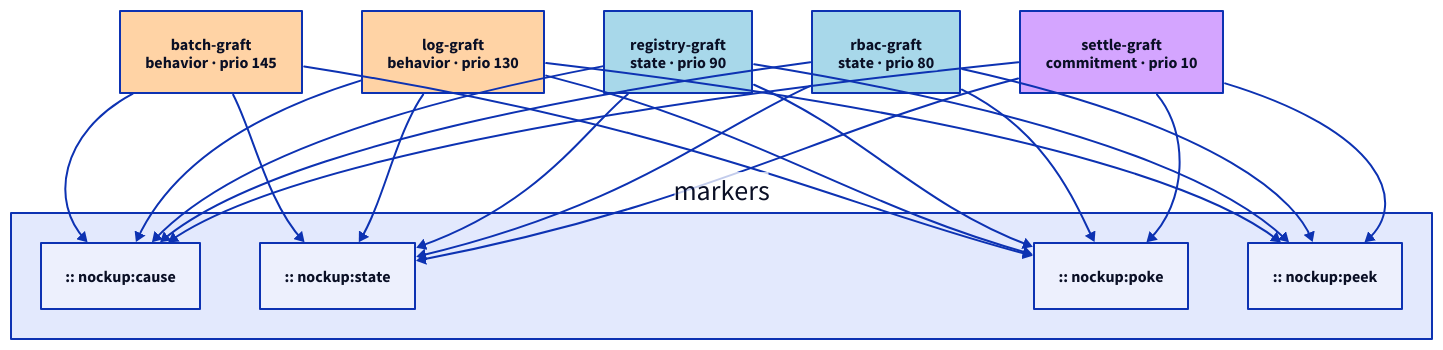
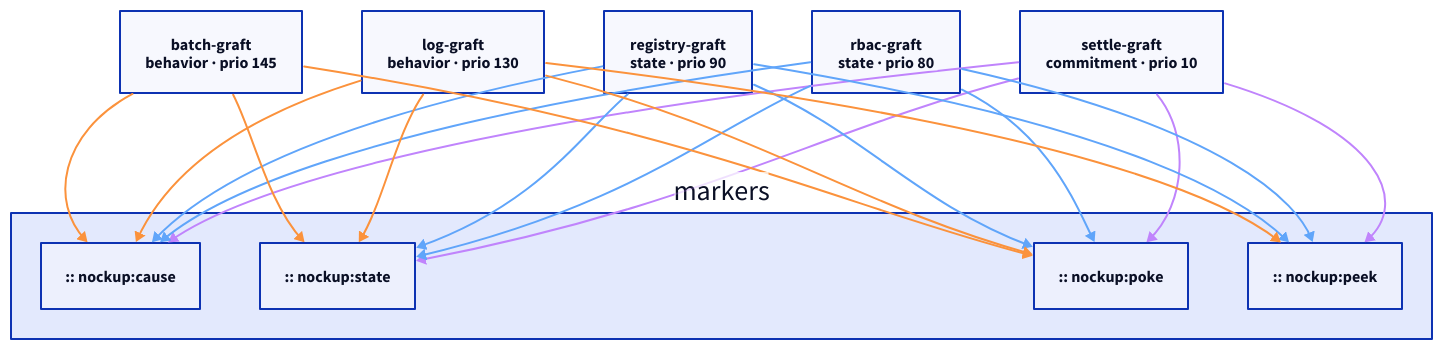
One commit to zkvesl/docs changed the diagram in docs/build/real-app.md. Above: the diagram before and after it, drawn with D2. The commit also changed other lines of this file and 2 other files, not shown here.

Commit message:
docs: round 2 follow-up polish — D2 layout + splicing prose tighten
- anatomy.md: collapse duplicate hull→hoon arrows in the kernel-hull diagram
- grafts/index.md: tighten the why-splicing prose; preview-by-default rationale
- real-app.md: switch markers container to right-flowing layout

````diff
--- a/docs/build/real-app.md
+++ b/docs/build/real-app.md
@@ -39,40 +39,41 @@
 ```d2
 direction: down
 
 markers: {
+  direction: right
   cause:  "::  nockup:cause"
   state:  "::  nockup:state"
   poke:   "::  nockup:poke"
   peek:   "::  nockup:peek"
 }
 
-settle:   "settle-graft\ncommitment · prio 10"   { style.fill: "#d4a5ff" }
-rbac:     "rbac-graft\nstate · prio 80"          { style.fill: "#a8d8ea" }
-registry: "registry-graft\nstate · prio 90"      { style.fill: "#a8d8ea" }
-log:      "log-graft\nbehavior · prio 130"       { style.fill: "#ffd3a5" }
-batch:    "batch-graft\nbehavior · prio 145"     { style.fill: "#ffd3a5" }
+settle:   "settle-graft\ncommitment · prio 10"
+rbac:     "rbac-graft\nstate · prio 80"
+registry: "registry-graft\nstate · prio 90"
+log:      "log-graft\nbehavior · prio 130"
+batch:    "batch-graft\nbehavior · prio 145"
 
-settle -> markers.cause
-settle -> markers.state
-settle -> markers.poke
-settle -> markers.peek
+settle -> markers.cause: { style.stroke: "#c084fc"; style.stroke-width: 2 }
+settle -> markers.state: { style.stroke: "#c084fc"; style.stroke-width: 2 }
+settle -> markers.poke:  { style.stroke: "#c084fc"; style.stroke-width: 2 }
+settle -> markers.peek:  { style.stroke: "#c084fc"; style.stroke-width: 2 }
 
-rbac -> markers.cause
-rbac -> markers.state
-rbac -> markers.poke
-rbac -> markers.peek
+rbac -> markers.cause: { style.stroke: "#60a5fa"; style.stroke-width: 2 }
+rbac -> markers.state: { style.stroke: "#60a5fa"; style.stroke-width: 2 }
+rbac -> markers.poke:  { style.stroke: "#60a5fa"; style.stroke-width: 2 }
+rbac -> markers.peek:  { style.stroke: "#60a5fa"; style.stroke-width: 2 }
 
-registry -> markers.cause
-registry -> markers.state
-registry -> markers.poke
-registry -> markers.peek
+registry -> markers.cause: { style.stroke: "#60a5fa"; style.stroke-width: 2 }
+registry -> markers.state: { style.stroke: "#60a5fa"; style.stroke-width: 2 }
+registry -> markers.poke:  { style.stroke: "#60a5fa"; style.stroke-width: 2 }
+registry -> markers.peek:  { style.stroke: "#60a5fa"; style.stroke-width: 2 }
 
-log -> markers.cause
-log -> markers.state
-log -> markers.poke
-log -> markers.peek
+log -> markers.cause: { style.stroke: "#fb923c"; style.stroke-width: 2 }
+log -> markers.state: { style.stroke: "#fb923c"; style.stroke-width: 2 }
+log -> markers.poke:  { style.stroke: "#fb923c"; style.stroke-width: 2 }
+log -> markers.peek:  { style.stroke: "#fb923c"; style.stroke-width: 2 }
 
-batch -> markers.cause
-batch -> markers.state
-batch -> markers.poke
+batch -> markers.cause: { style.stroke: "#fb923c"; style.stroke-width: 2 }
+batch -> markers.state: { style.stroke: "#fb923c"; style.stroke-width: 2 }
+batch -> markers.poke:  { style.stroke: "#fb923c"; style.stroke-width: 2 }
 ```
````
